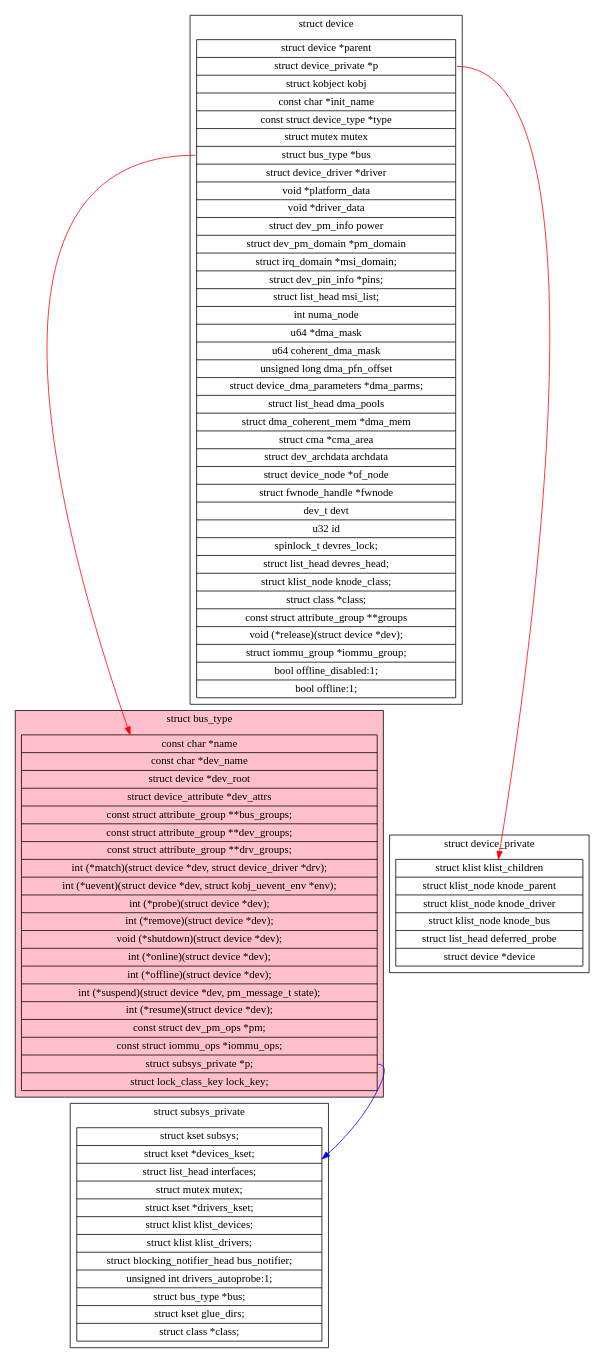
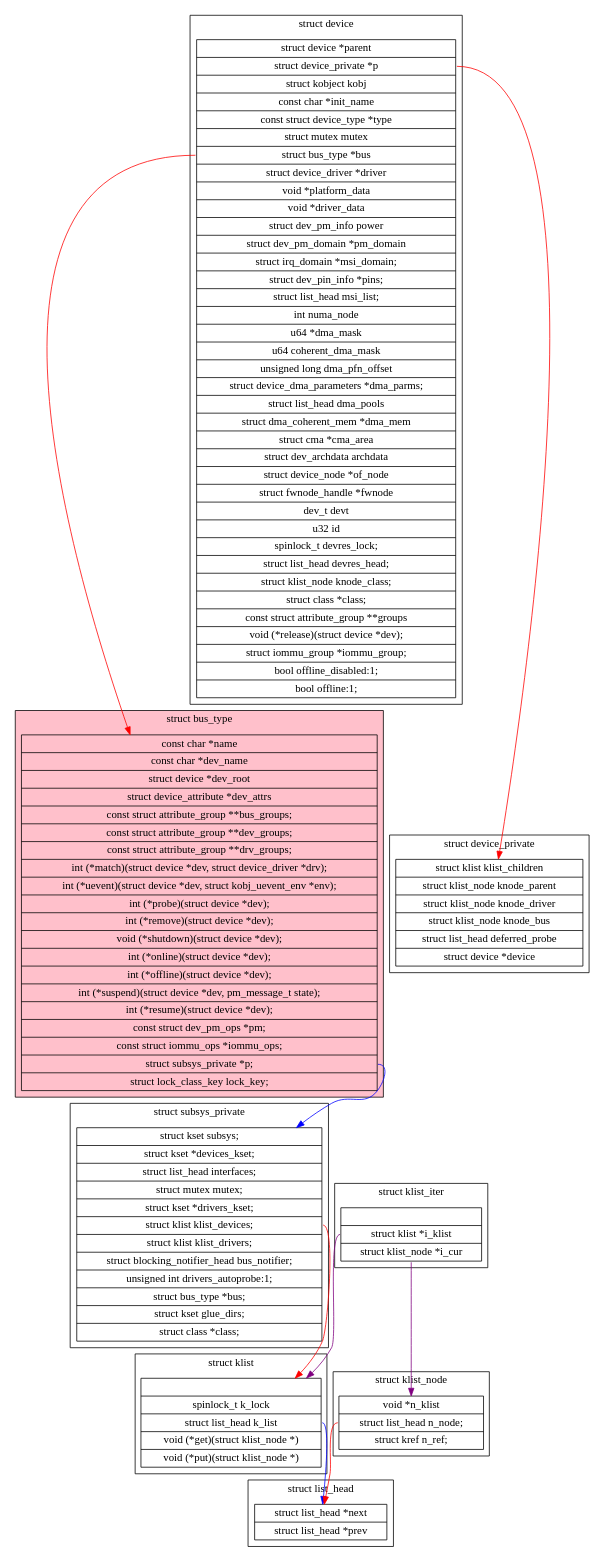
The diagram in graphviz/kernel/platform-bus.dot (YsuXia/Debian-Learning), drawn with Graphviz before and after one commit. The commit also changed 4 other files, not shown here.

```diff
--- a/graphviz/kernel/platform-bus.dot
+++ b/graphviz/kernel/platform-bus.dot
@@ -1,107 +1,146 @@
 digraph platform_bus{
 	node[shape=record];
 
 	subgraph cluster_struct_bus_type{
 		label="struct bus_type";
 		bgcolor="pink";
 		"struct bus_type"[label="{
 		const char      *name
     |const char      *dev_name
     |struct device       *dev_root
     |struct device_attribute *dev_attrs
     |const struct attribute_group **bus_groups;
     |const struct attribute_group **dev_groups;
     |const struct attribute_group **drv_groups;
     |int (*match)(struct device *dev, struct device_driver *drv);
     |int (*uevent)(struct device *dev, struct kobj_uevent_env *env);
     |int (*probe)(struct device *dev);
     |int (*remove)(struct device *dev);
     |void (*shutdown)(struct device *dev);
     |int (*online)(struct device *dev);
     |int (*offline)(struct device *dev);
     |int (*suspend)(struct device *dev, pm_message_t state);
     |int (*resume)(struct device *dev);
     |const struct dev_pm_ops *pm;
     |const struct iommu_ops *iommu_ops;
     |<subsys>struct subsys_private *p;
     |struct lock_class_key lock_key;
 		}"];
 	}
 
 	"struct bus_type":subsys->"struct subsys_private"[color=blue];
 
 	subgraph cluster_struct_subsys_private{
 		label="struct subsys_private";
 		"struct subsys_private"[label="{
 		struct kset subsys;
     |struct kset *devices_kset;
     |struct list_head interfaces;
     |struct mutex mutex;
     |struct kset *drivers_kset;
-    |struct klist klist_devices;
+    |<devices>struct klist klist_devices;
     |struct klist klist_drivers;
     |struct blocking_notifier_head bus_notifier;
     |unsigned int drivers_autoprobe:1;
     |struct bus_type *bus;
     |struct kset glue_dirs;
     |struct class *class;
 	}"];
 	}
+
+	"struct subsys_private":devices->"struct klist"[color=red];
 
 	subgraph cluster_struct_device{
 		label="struct device";
 		"struct device"[label="{
 		struct device  *parent
 		|<private>struct device_private  *p
 		|struct kobject kobj
 		|const char  *init_name
 		|const struct device_type *type
 		|struct mutex        mutex
 		|<bus>struct bus_type *bus
 		|struct device_driver *driver
 		|void     *platform_data
 		|void     *driver_data
 		|struct dev_pm_info  power
 		|struct dev_pm_domain    *pm_domain
     |struct irq_domain   *msi_domain;
     |struct dev_pin_info *pins;
     |struct list_head    msi_list;
     |int     numa_node
     |u64     *dma_mask
     |u64     coherent_dma_mask
     |unsigned long   dma_pfn_offset
     |struct device_dma_parameters *dma_parms;
     |struct list_head    dma_pools
     |struct dma_coherent_mem *dma_mem
     |struct cma *cma_area
     |struct dev_archdata archdata
     |struct device_node  *of_node
     |struct fwnode_handle    *fwnode
     |dev_t           devt
     |u32         id
     |spinlock_t      devres_lock;
     |struct list_head    devres_head;
     |struct klist_node   knode_class;
     |struct class        *class;
     |const struct attribute_group **groups
 	|void    (*release)(struct device *dev);
     |struct iommu_group  *iommu_group;
     |bool            offline_disabled:1;
     |bool            offline:1;
 	}"];
 	}
 	"struct device":private->"struct device_private"[color=red];
 	"struct device":bus->"struct bus_type"[color=red];
 	subgraph cluster_struct_device_private{
 		label="struct device_private";
 		"struct device_private"[label="{
 		struct klist klist_children
     |struct klist_node knode_parent
     |struct klist_node knode_driver
     |struct klist_node knode_bus
     |struct list_head deferred_probe
     |struct device *device
 	}"];
 	}
 
+	subgraph cluster_struct_klist{
+		label="struct klist";
+		"struct klist"[label="{
+	|spinlock_t      k_lock
+    |<list>struct list_head    k_list
+    |void       (*get)(struct klist_node *)
+    |void       (*put)(struct klist_node *)
+		}"];
+	}
+	"struct klist":list->"struct list_head"[color=blue];
+
+	subgraph cluster_struct_klist_iter{
+		label="struct klist_iter";
+		"struct klist_iter"[label="{
+		|<i_klist>struct klist        *i_klist
+    	|<cur>struct klist_node   *i_cur
+	}"];
+	}
+	"struct klist_iter":i_klist->"struct klist"[color=purple];
+	"struct klist_iter":cur->"struct klist_node"[color=purple];
+	subgraph cluster_struct_klist_node{
+		label="struct klist_node";
+		"struct klist_node"[label="{
+		void            *n_klist
+    |<n_node>struct list_head    n_node;
+    |struct kref     n_ref;
+	}"];
+	}
+	"struct klist_node":n_node->"struct list_head"[color=red];
+	subgraph cluster_struct_list_head{
+		label="struct list_head";
+		"struct list_head"[label="{
+		struct list_head *next
+		|struct list_head *prev
+	}"];
+	}
+
 }
```
